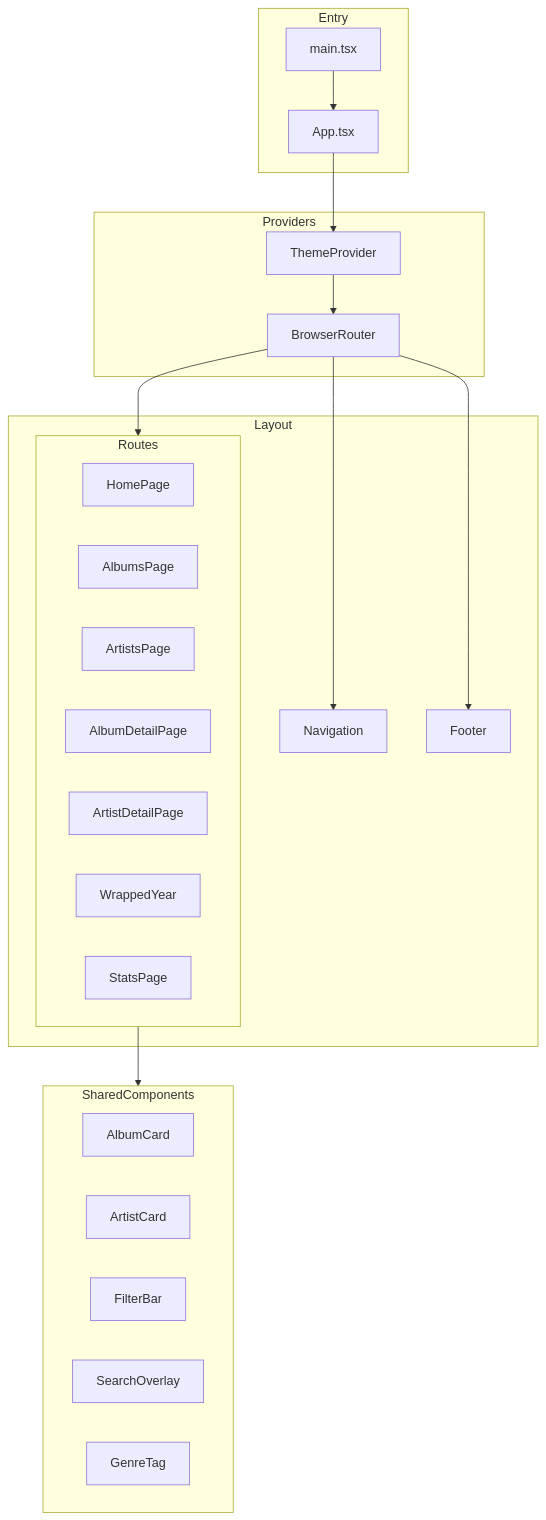
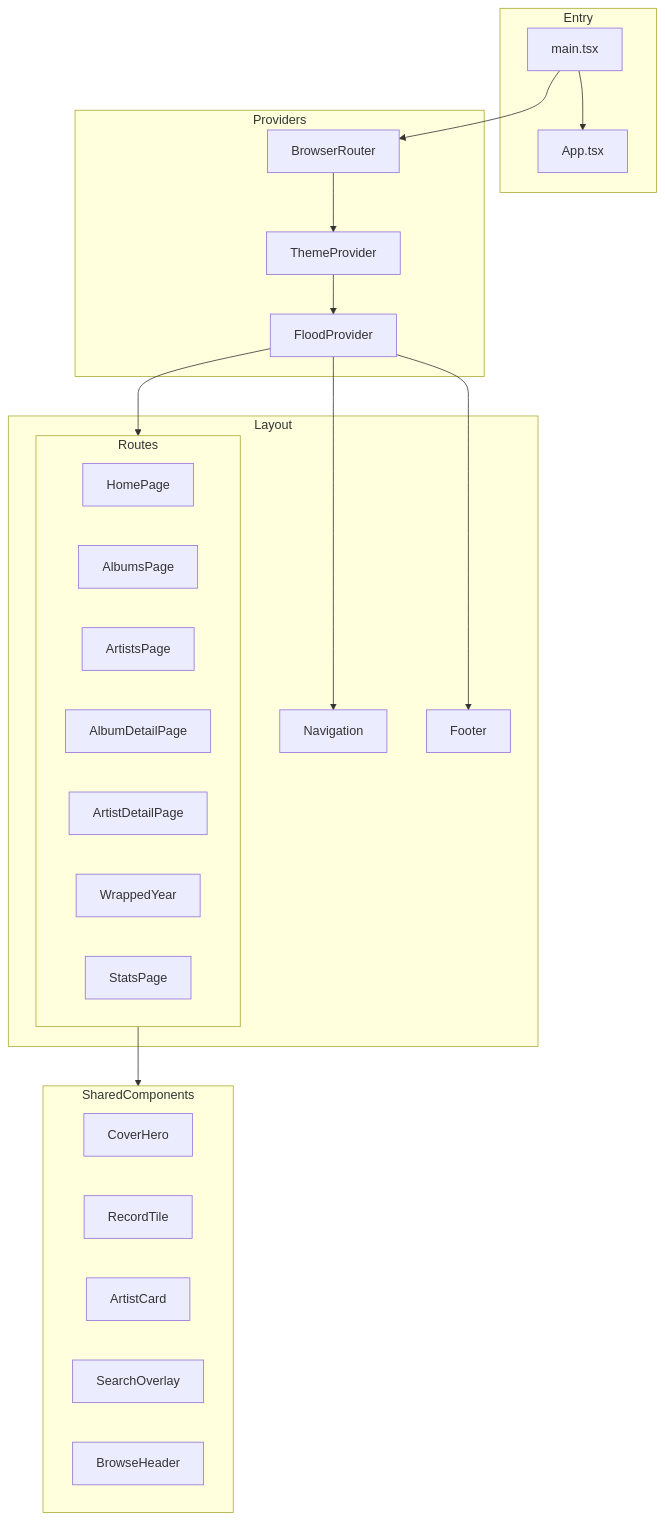
The first of 2 diagrams in docs/frontend/README.md (russmckendrick/russ-fm), drawn with Mermaid before and after one commit. The commit also changed other lines of this file and 9 other files, not shown here.

````diff
--- a/docs/frontend/README.md
+++ b/docs/frontend/README.md
@@ -80,37 +76,38 @@
 ```mermaid
 flowchart TB
     subgraph Entry
         main.tsx --> App.tsx
     end
 
     subgraph Providers
-        App.tsx --> ThemeProvider
-        ThemeProvider --> BrowserRouter
+        main.tsx --> BrowserRouter
+        BrowserRouter --> ThemeProvider
+        ThemeProvider --> FloodProvider
     end
 
     subgraph Layout
-        BrowserRouter --> Navigation
-        BrowserRouter --> Routes
-        BrowserRouter --> Footer
+        FloodProvider --> Navigation
+        FloodProvider --> Routes
+        FloodProvider --> Footer
     end
 
     subgraph Routes
         HomePage
         AlbumsPage
         ArtistsPage
         AlbumDetailPage
         ArtistDetailPage
         WrappedYear
         StatsPage
     end
 
     subgraph SharedComponents
-        AlbumCard
+        CoverHero
+        RecordTile
         ArtistCard
-        FilterBar
         SearchOverlay
-        GenreTag
+        BrowseHeader
     end
 
     Routes --> SharedComponents
 ```
````
